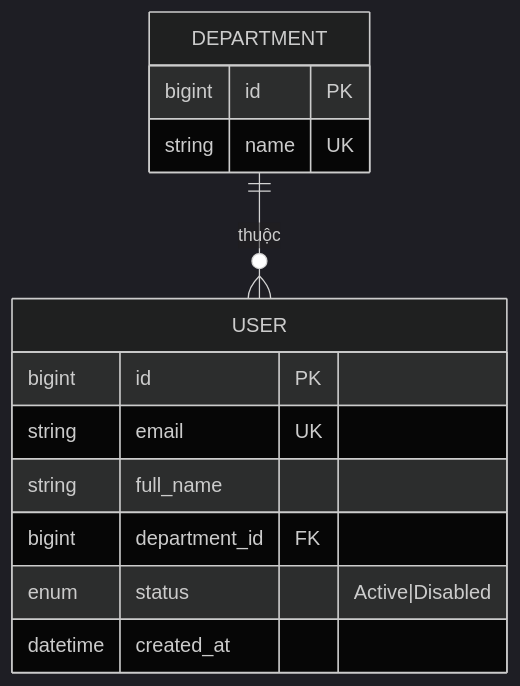
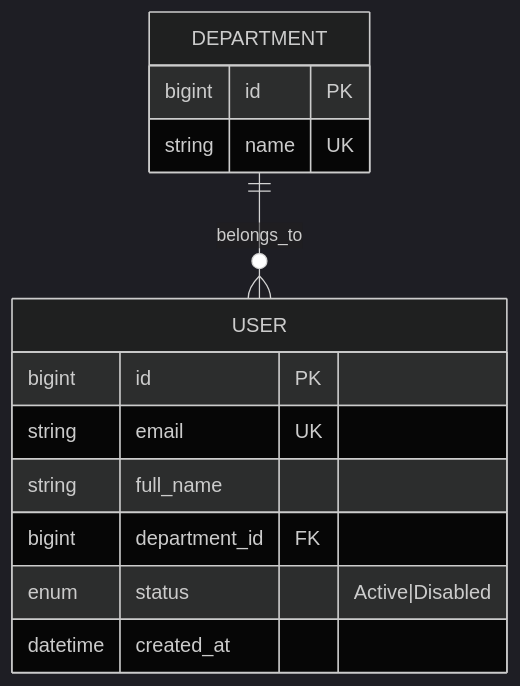
One commit to giakhanh22024558/MasterMind changed the diagram in models/model_001/setup/templates/docs/erd.md. Above: the diagram before and after it, drawn with Mermaid (dark theme). The commit also changed other lines of this file and 30 other files, not shown here.

````diff
--- a/models/model_001/setup/templates/docs/erd.md
+++ b/models/model_001/setup/templates/docs/erd.md
@@ -16,21 +16,21 @@
 ```mermaid
 erDiagram
 
   USER {
     bigint id PK
     string email UK
     string full_name
     bigint department_id FK
     enum   status "Active|Disabled"
     datetime created_at
   }
 
   DEPARTMENT {
     bigint id PK
     string name UK
   }
 
-  DEPARTMENT ||--o{ USER : "thuộc"
+  DEPARTMENT ||--o{ USER : "belongs_to"
 
-  %% Thêm entities theo requirement / backlog
+  %% Add more entities as requirements / backlog grow
 ```
````
